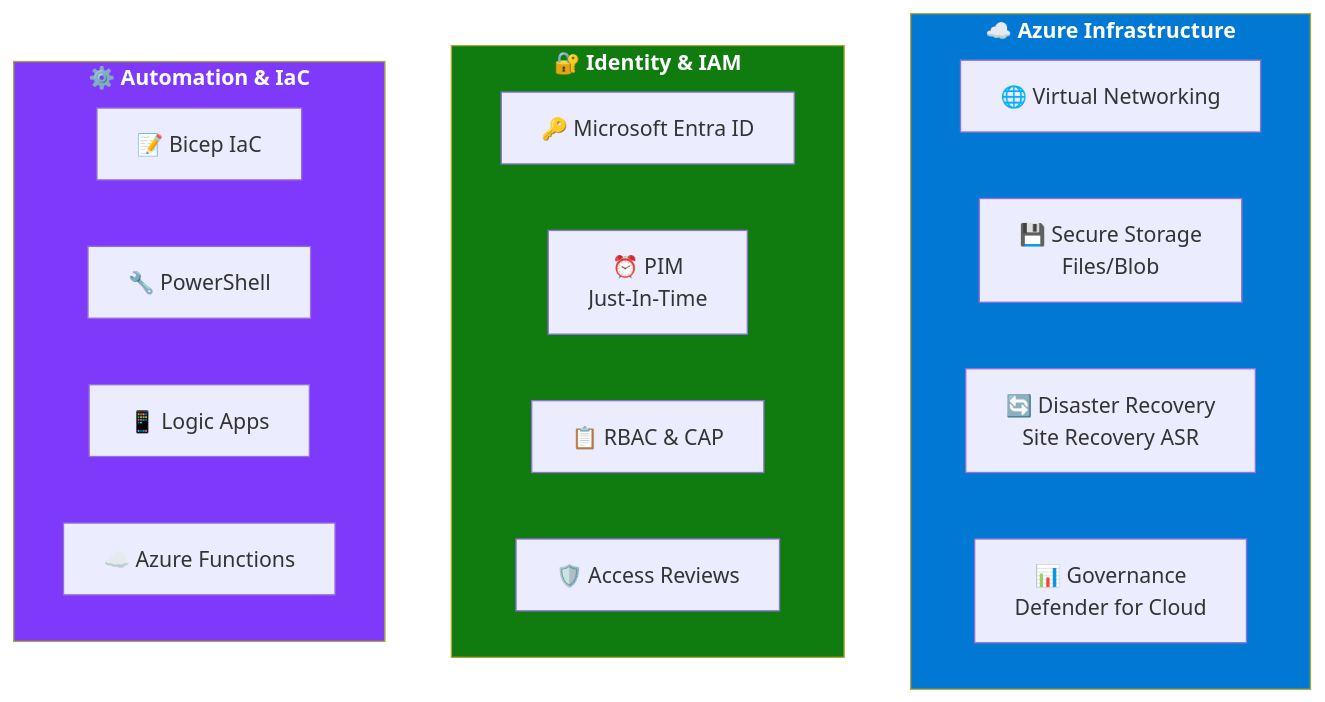
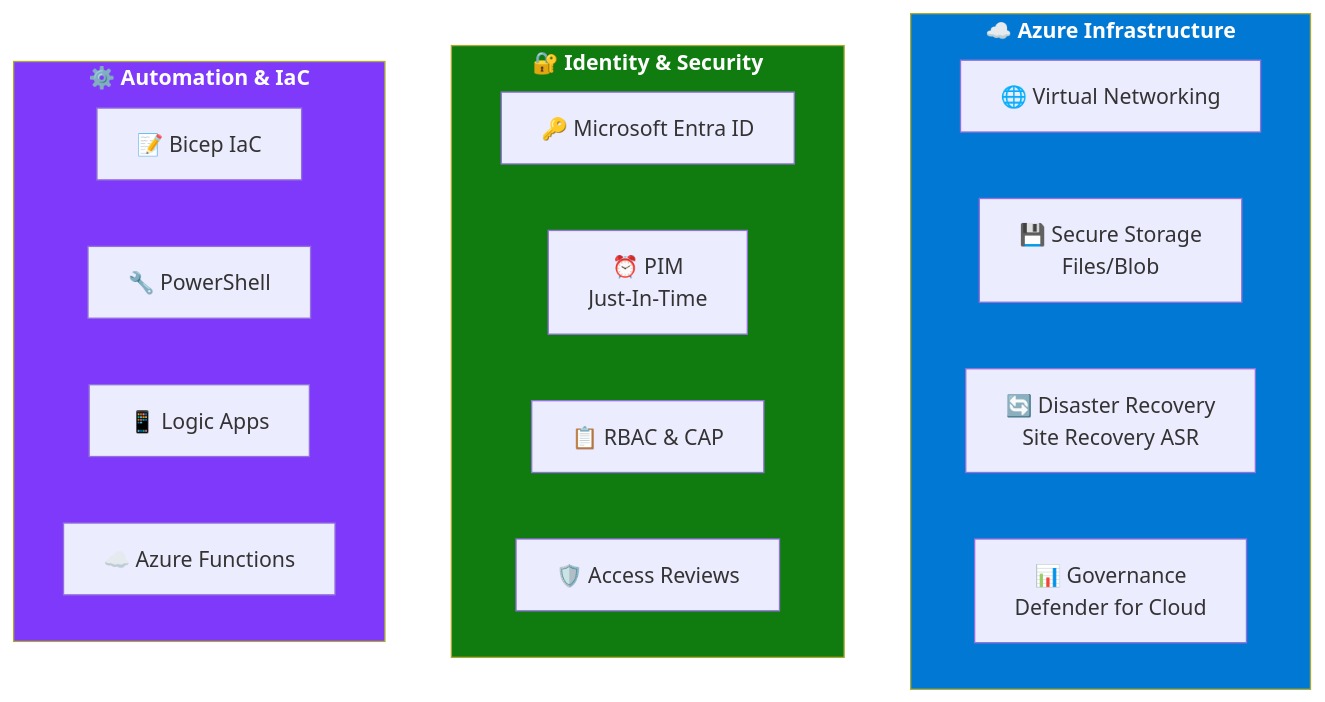
One commit to ozanberkpolat/ozanberkpolat.github.io changed the first of 4 diagrams in _tabs/about.md. Above: the diagram before and after it, drawn with Mermaid. The commit also changed other lines of this file, not shown here.

````diff
--- a/_tabs/about.md
+++ b/_tabs/about.md
@@ -26,27 +23,27 @@
 ```mermaid
 graph TB
     subgraph Azure["<b>☁️ Azure Infrastructure</b>"]
         A1["🌐 Virtual Networking"]
         A2["💾 Secure Storage<br/>Files/Blob"]
         A3["🔄 Disaster Recovery<br/>Site Recovery ASR"]
         A4["📊 Governance<br/>Defender for Cloud"]
     end
 
-    subgraph Identity["<b>🔐 Identity & IAM</b>"]
+    subgraph Identity["<b>🔐 Identity & Security</b>"]
         I1["🔑 Microsoft Entra ID"]
         I2["⏰ PIM<br/>Just-In-Time"]
         I3["📋 RBAC & CAP"]
         I4["🛡️ Access Reviews"]
     end
 
     subgraph Automation["<b>⚙️ Automation & IaC</b>"]
         AU1["📝 Bicep IaC"]
         AU2["🔧 PowerShell"]
         AU3["📱 Logic Apps"]
         AU4["☁️ Azure Functions"]
     end
 
     style Azure fill:#0078d4,color:#fff
     style Identity fill:#107c10,color:#fff
     style Automation fill:#7f39fb,color:#fff
 ```
````
